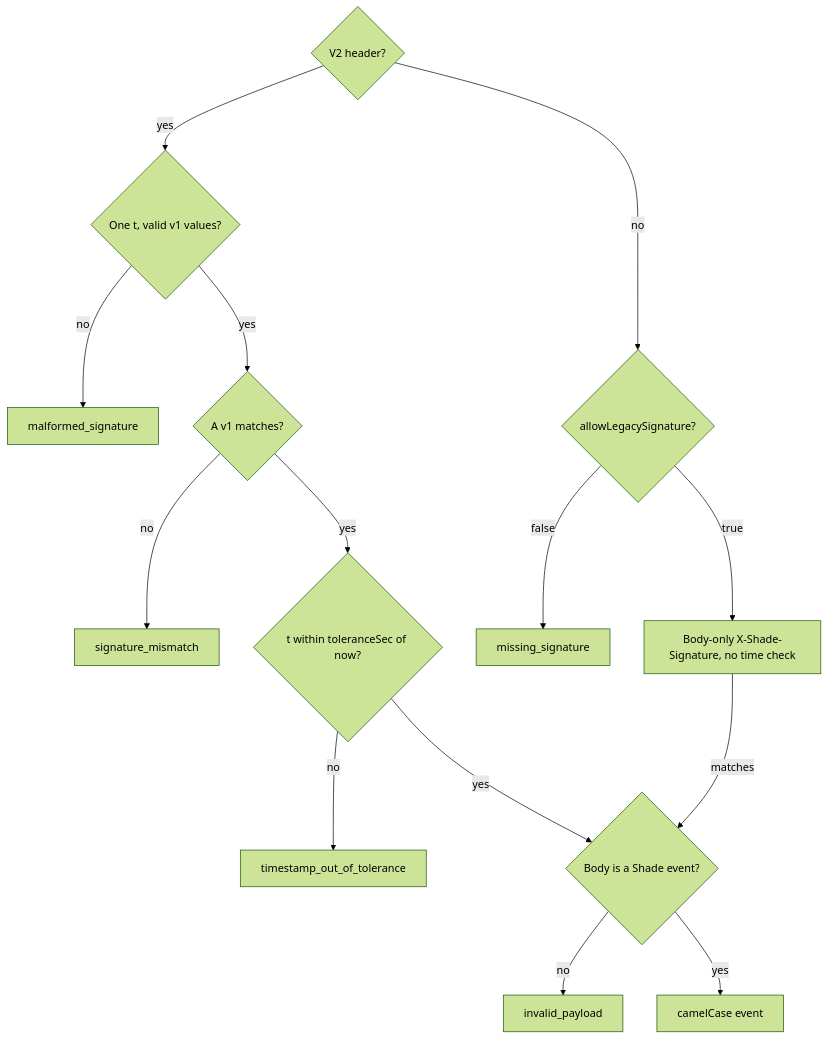
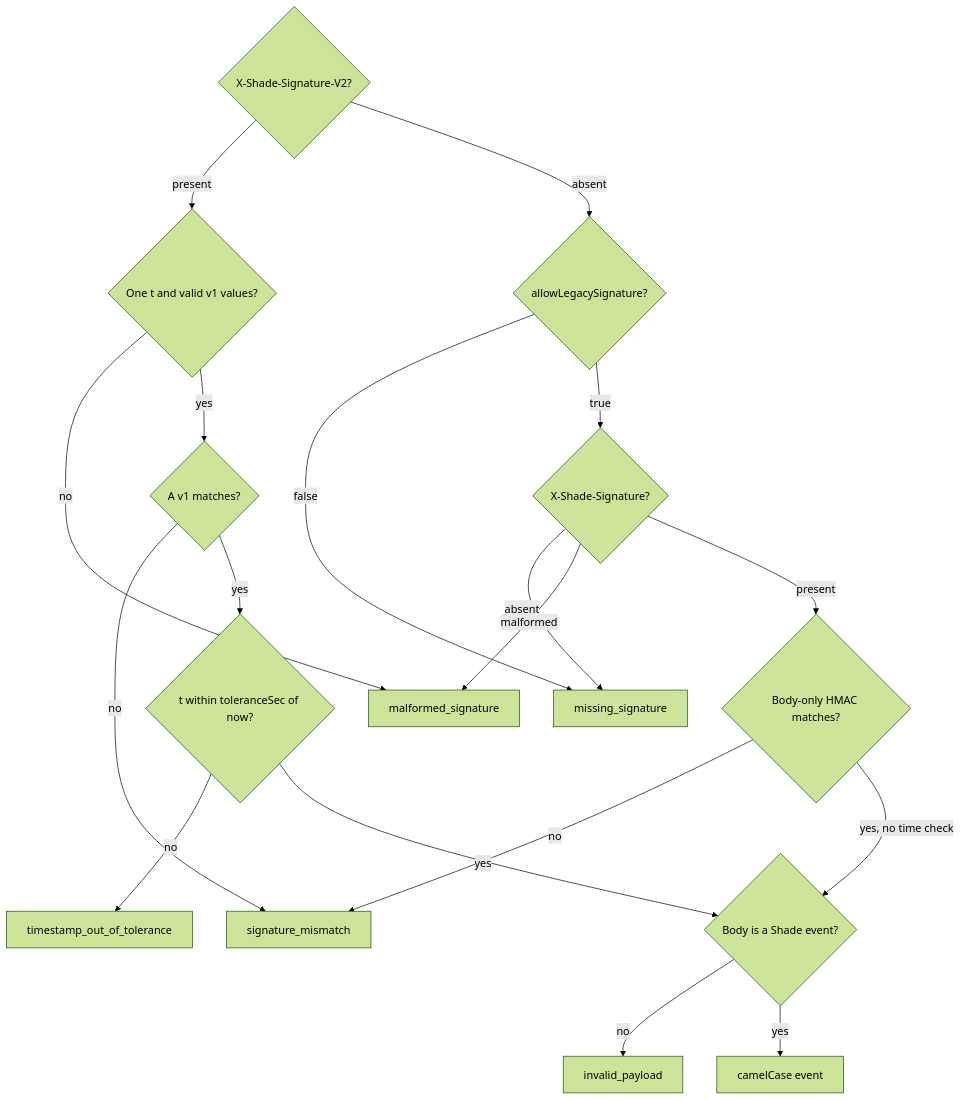
One commit to billi-x4/Shade changed the fourth of 4 diagrams in backend/sdk/README.md. Above: the diagram before and after it, drawn with Mermaid (forest theme). The commit also changed other lines of this file and 3 other files, not shown here.

````diff
--- a/backend/sdk/README.md
+++ b/backend/sdk/README.md
@@ -238,16 +392,20 @@
 ```mermaid
 flowchart TD
-  V{"V2 header?"} -->|"yes"| P{"One t, valid v1 values?"}
+  V{"X-Shade-Signature-V2?"} -->|"present"| P{"One t and valid v1 values?"}
   P -->|"no"| Mal["malformed_signature"]
   P -->|"yes"| H{"A v1 matches?"}
   H -->|"no"| Mis["signature_mismatch"]
   H -->|"yes"| Tm{"t within toleranceSec of now?"}
   Tm -->|"no"| Old["timestamp_out_of_tolerance"]
   Tm -->|"yes"| B{"Body is a Shade event?"}
   B -->|"no"| Inv["invalid_payload"]
   B -->|"yes"| Ev["camelCase event"]
-  V -->|"no"| L{"allowLegacySignature?"}
+  V -->|"absent"| L{"allowLegacySignature?"}
   L -->|"false"| Miss["missing_signature"]
-  L -->|"true"| Leg["Body-only X-Shade-Signature, no time check"]
-  Leg -->|"matches"| B
+  L -->|"true"| LH{"X-Shade-Signature?"}
+  LH -->|"absent"| Miss
+  LH -->|"malformed"| Mal
+  LH -->|"present"| LM{"Body-only HMAC matches?"}
+  LM -->|"no"| Mis
+  LM -->|"yes, no time check"| B
 ```
````
